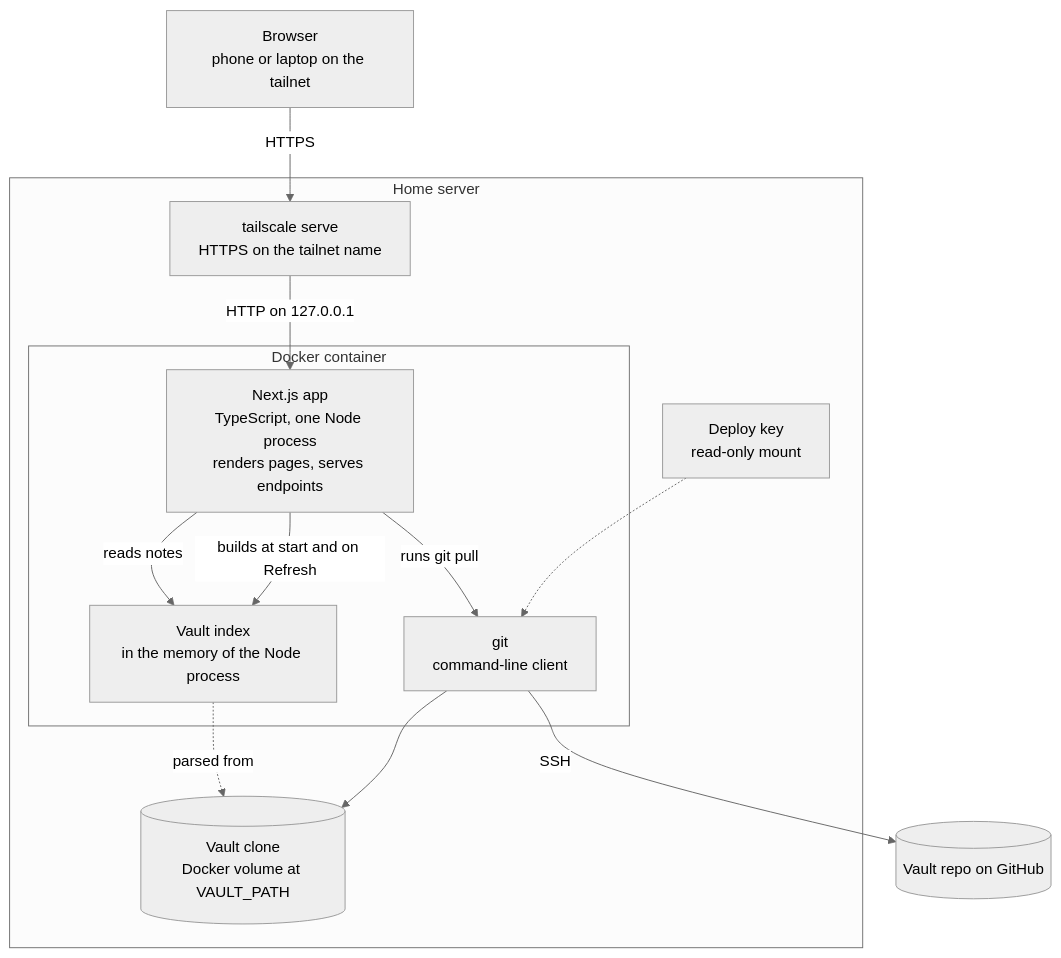
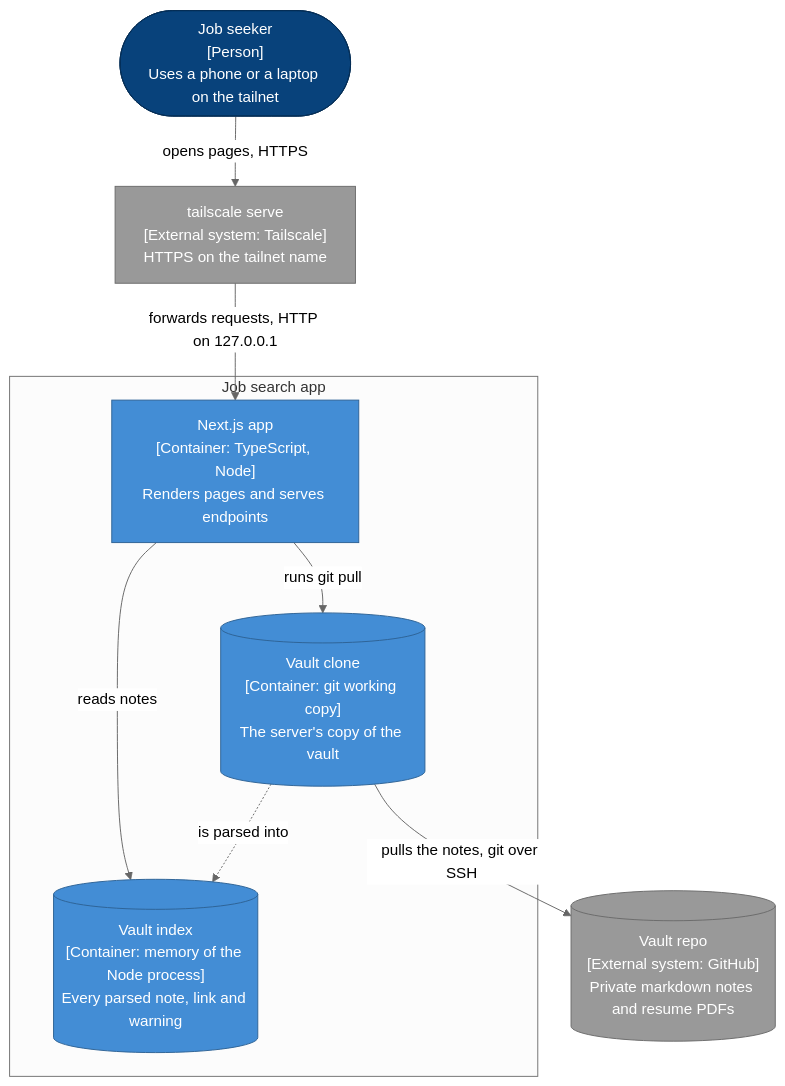
The second of 2 diagrams in docs/architecture/README.md (lyeyixian/job-search-app), drawn with Mermaid (neutral theme) before and after one commit. The commit also changed other lines of this file and 5 other files, not shown here.

First line of the commit message:
Add a fixed template for each diagram type

````diff
--- a/docs/architecture/README.md
+++ b/docs/architecture/README.md
@@ -37,27 +49,27 @@
 ```mermaid
 flowchart TB
-    browser["Browser<br/>phone or laptop on the tailnet"]
+    user(["Job seeker<br/>[Person]<br/>Uses a phone or a laptop on the tailnet"]):::person
+    serve["tailscale serve<br/>[External system: Tailscale]<br/>HTTPS on the tailnet name"]:::external
 
-    subgraph server["Home server"]
-        serve["tailscale serve<br/>HTTPS on the tailnet name"]
-        subgraph docker["Docker container"]
-            next["Next.js app<br/>TypeScript, one Node process<br/>renders pages, serves endpoints"]
-            index["Vault index<br/>in the memory of the Node process"]
-            git["git<br/>command-line client"]
-        end
-        clone[("Vault clone<br/>Docker volume at VAULT_PATH")]
-        key["Deploy key<br/>read-only mount"]
+    subgraph system["Job search app"]
+        next["Next.js app<br/>[Container: TypeScript, Node]<br/>Renders pages and serves endpoints"]:::container
+        index[("Vault index<br/>[Container: memory of the Node process]<br/>Every parsed note, link and warning")]:::store
+        clone[("Vault clone<br/>[Container: git working copy]<br/>The server's copy of the vault")]:::store
     end
 
-    github[("Vault repo on GitHub")]
+    github[("Vault repo<br/>[External system: GitHub]<br/>Private markdown notes and resume PDFs")]:::external
 
-    browser -- "HTTPS" --> serve
-    serve -- "HTTP on 127.0.0.1" --> next
+    user -- "opens pages, HTTPS" --> serve
+    serve -- "forwards requests, HTTP on 127.0.0.1" --> next
     next -- "reads notes" --> index
-    next -- "builds at start and on Refresh" --> index
-    index -. "parsed from" .-> clone
-    next -- "runs git pull" --> git
-    git -- "SSH" --> github
-    git --> clone
-    key -.-> git
+    clone -. "is parsed into" .-> index
+    next -- "runs git pull" --> clone
+    clone -- "pulls the notes, git over SSH" --> github
+
+    classDef person fill:#08427b,stroke:#052e56,color:#ffffff
+    classDef system fill:#1168bd,stroke:#0b4884,color:#ffffff
+    classDef container fill:#438dd5,stroke:#2e6295,color:#ffffff
+    classDef component fill:#85bbf0,stroke:#5d82a8,color:#000000
+    classDef store fill:#438dd5,stroke:#2e6295,color:#ffffff
+    classDef external fill:#999999,stroke:#6b6b6b,color:#ffffff
 ```
````
